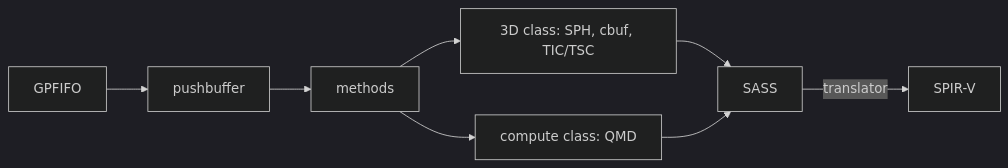
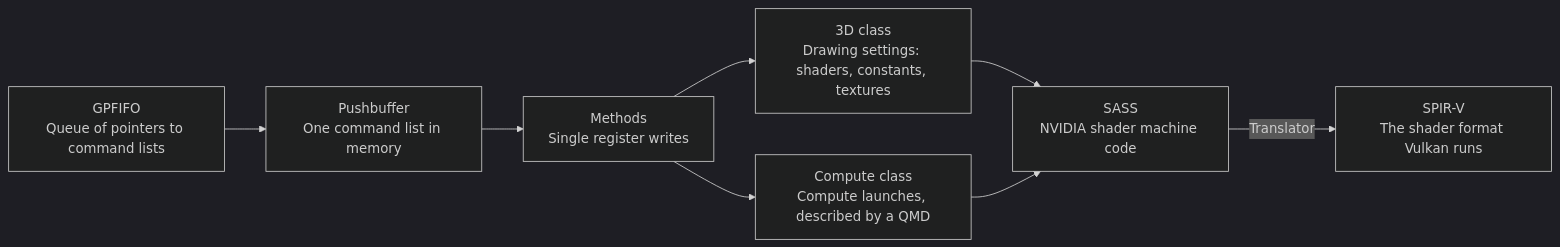
Before and after one commit to 0xNikilite/oboromi: the diagram in docs/glossary.md, drawn with Mermaid (dark theme). The commit also changed other lines of this file and 22 other files, not shown here.

````diff
--- a/docs/glossary.md
+++ b/docs/glossary.md
@@ -5,9 +5,9 @@
 ```mermaid
 flowchart LR
-    GPFIFO --> PB["pushbuffer"] --> M["methods"]
-    M --> C3["3D class: SPH, cbuf, TIC/TSC"]
-    M --> CC["compute class: QMD"]
-    C3 --> SASS
+    GPFIFO["GPFIFO<br/>Queue of pointers to command lists"] --> PB["Pushbuffer<br/>One command list in memory"] --> M["Methods<br/>Single register writes"]
+    M --> C3["3D class<br/>Drawing settings: shaders, constants, textures"]
+    M --> CC["Compute class<br/>Compute launches, described by a QMD"]
+    C3 --> SASS["SASS<br/>NVIDIA shader machine code"]
     CC --> SASS
-    SASS -->|"translator"| SPIRV["SPIR-V"]
+    SASS -->|"Translator"| SPIRV["SPIR-V<br/>The shader format Vulkan runs"]
 ```
````
